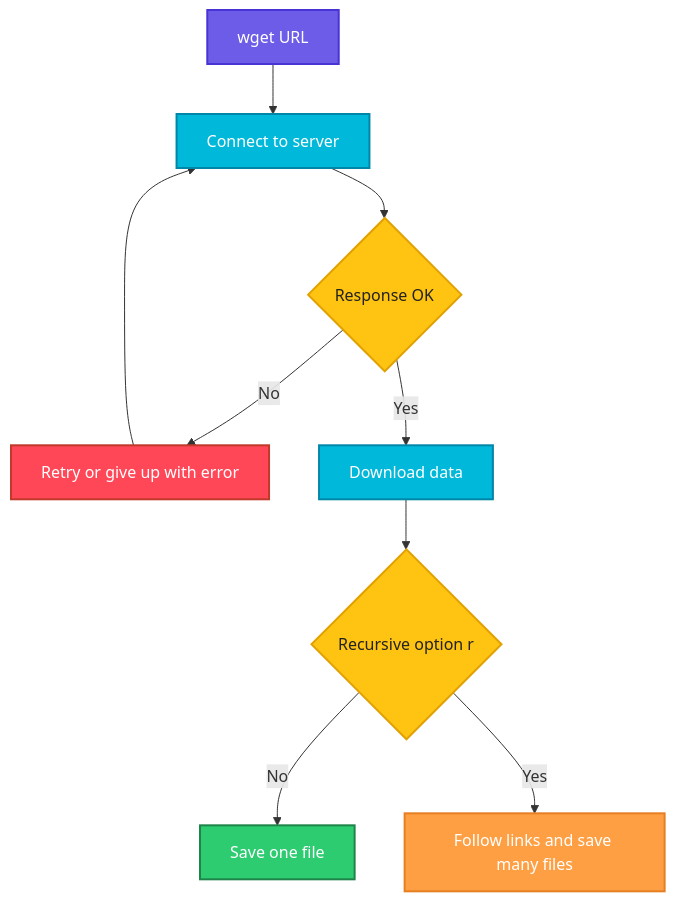
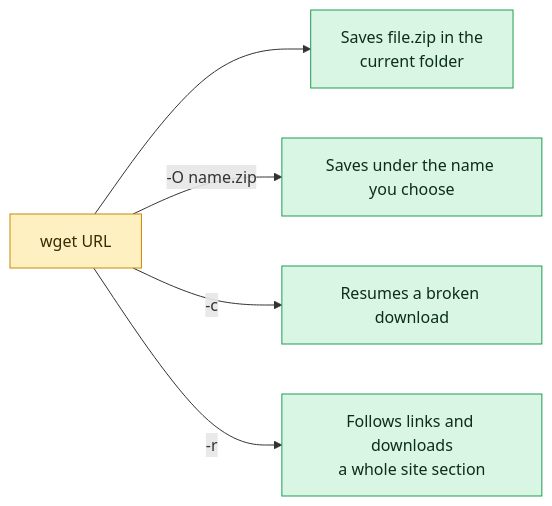
The diagram in linux/networking/wget.md (codeKerdosTech/DevOps-Documentation), drawn with Mermaid before and after one commit. The commit also changed other lines of this file and 165 other files, not shown here.

Commit message:
updated diagrams in linux

````diff
--- a/linux/networking/wget.md
+++ b/linux/networking/wget.md
@@ -14,24 +14,14 @@
 ```mermaid
-flowchart TD
-    A[wget URL] --> B[Connect to server]
-    B --> C{Response OK}
-    C -->|No| D[Retry or give up with error]
-    C -->|Yes| E[Download data]
-    E --> F{Recursive option r}
-    F -->|No| G[Save one file]
-    F -->|Yes| H[Follow links and save many files]
-    D --> B
-    classDef start fill:#6C5CE7,stroke:#4834D4,stroke-width:2px,color:#fff
-    classDef proc fill:#00B8D9,stroke:#0087A8,stroke-width:2px,color:#fff
-    classDef dec fill:#FFC312,stroke:#E1A100,stroke-width:2px,color:#222
-    classDef ok fill:#2ECC71,stroke:#1E8449,stroke-width:2px,color:#fff
-    classDef err fill:#FF4757,stroke:#C0392B,stroke-width:2px,color:#fff
-    classDef out fill:#FD79A8,stroke:#E84393,stroke-width:2px,color:#fff
-    classDef alt fill:#FF9F43,stroke:#E67E22,stroke-width:2px,color:#fff
-    class A start
-    class B,E proc
-    class C,F dec
-    class D err
-    class G ok
-    class H alt
+flowchart LR
+    c1[wget URL] --> o1[Saves file.zip in the<br/>current folder]
+    c1 -->|-O name.zip| o2[Saves under the name you choose]
+    c1 -->|-c| o3[Resumes a broken download]
+    c1 -->|-r| o4[Follows links and downloads<br/>a whole site section]
+    classDef inp fill:#DCEBFF,stroke:#2F6FDE,color:#10213F
+    classDef cmd fill:#FFF0C2,stroke:#C98A00,color:#3A2A00
+    classDef out fill:#D9F5E3,stroke:#1F9D55,color:#0B2E1A
+    classDef bad fill:#FDE0E0,stroke:#D13B3B,color:#4A0F0F
+    classDef note fill:#ECEFF3,stroke:#7B8794,color:#1F2933
+    class c1 cmd
+    class o1,o2,o3,o4 out
 ```
````
